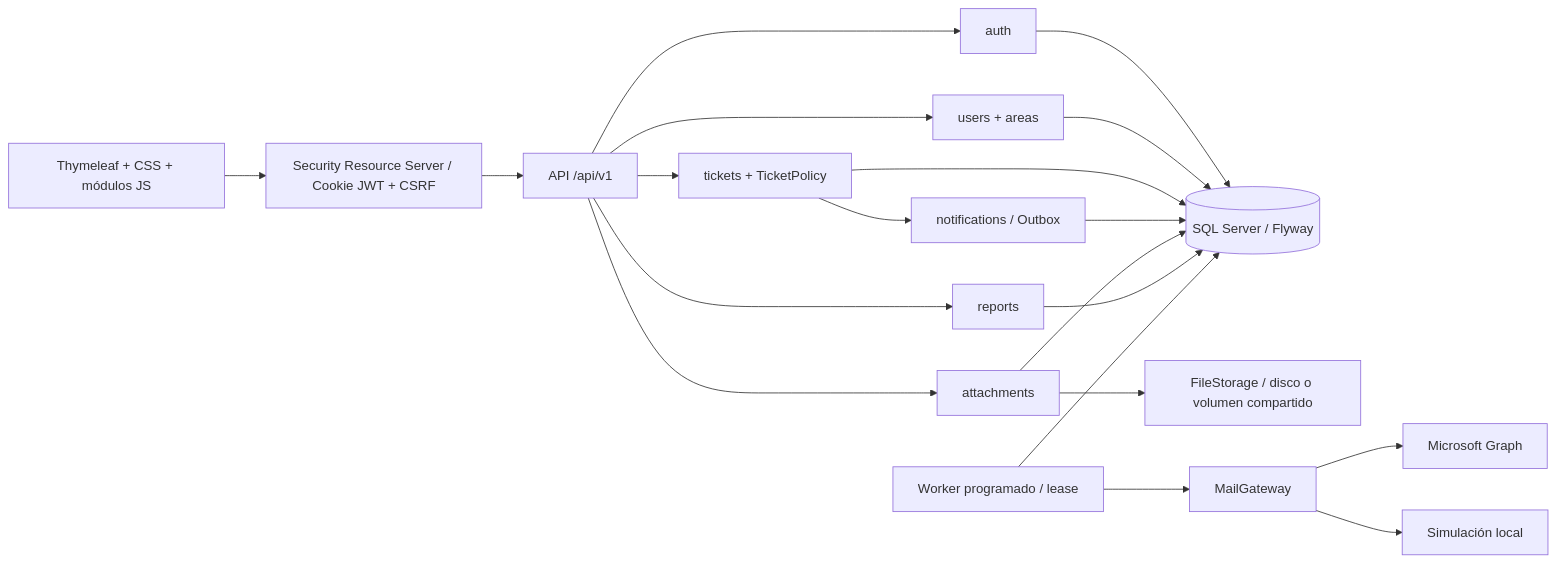
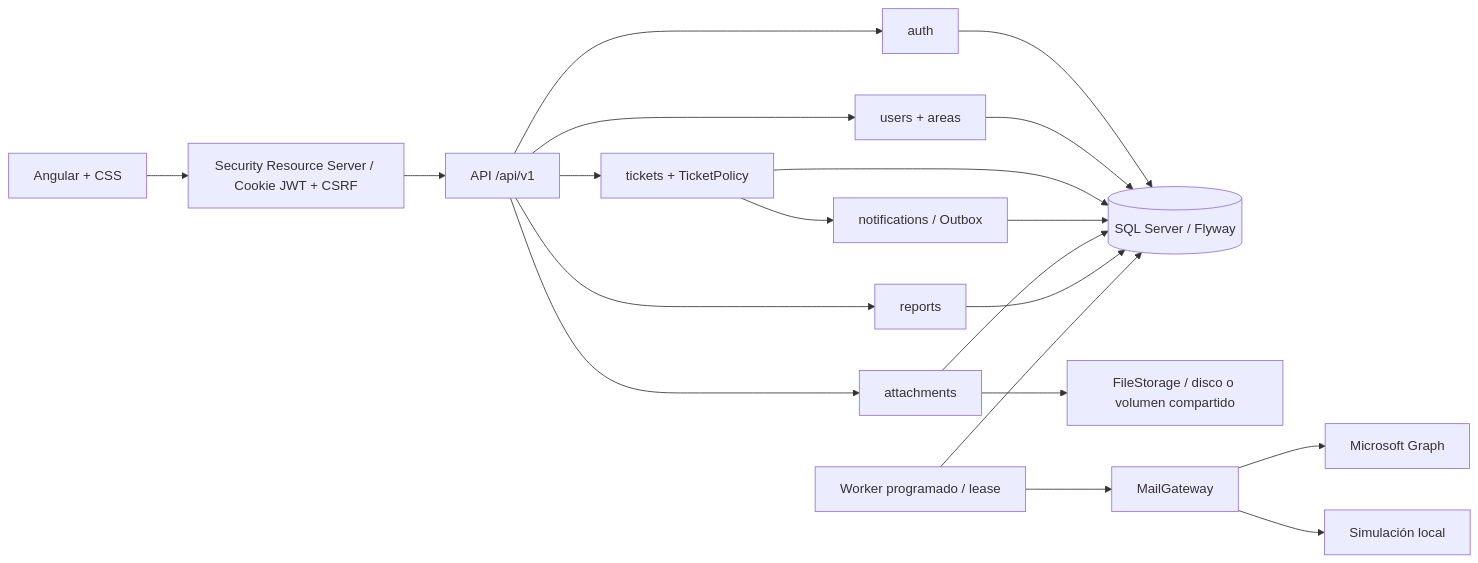
Before and after one commit to Yaret10/Ticket_Management: the first of 2 diagrams in docs/architecture.md, drawn with Mermaid. The commit also changed other lines of this file and 45 other files, not shown here.

````diff
--- a/docs/architecture.md
+++ b/docs/architecture.md
@@ -5,22 +5,22 @@
 ```mermaid
 flowchart LR
-  Browser[Thymeleaf + CSS + módulos JS] --> Security[Security Resource Server / Cookie JWT + CSRF]
+  Browser[Angular + CSS] --> Security[Security Resource Server / Cookie JWT + CSRF]
   Security --> API[API /api/v1]
   API --> Auth[auth]
   API --> Users[users + areas]
   API --> Tickets[tickets + TicketPolicy]
   API --> Files[attachments]
   API --> Reports[reports]
   Auth --> DB[(SQL Server / Flyway)]
   Users --> DB
   Tickets --> DB
   Tickets --> Outbox[notifications / Outbox]
   Outbox --> DB
   Files --> DB
   Files --> Storage[FileStorage / disco o volumen compartido]
   Reports --> DB
   Worker[Worker programado / lease] --> DB
   Worker --> Gateway[MailGateway]
   Gateway --> Graph[Microsoft Graph]
   Gateway --> Local[Simulación local]
 ```
````
